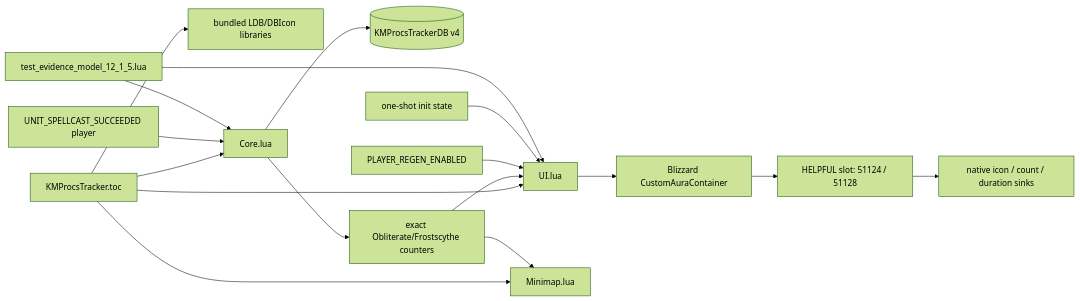
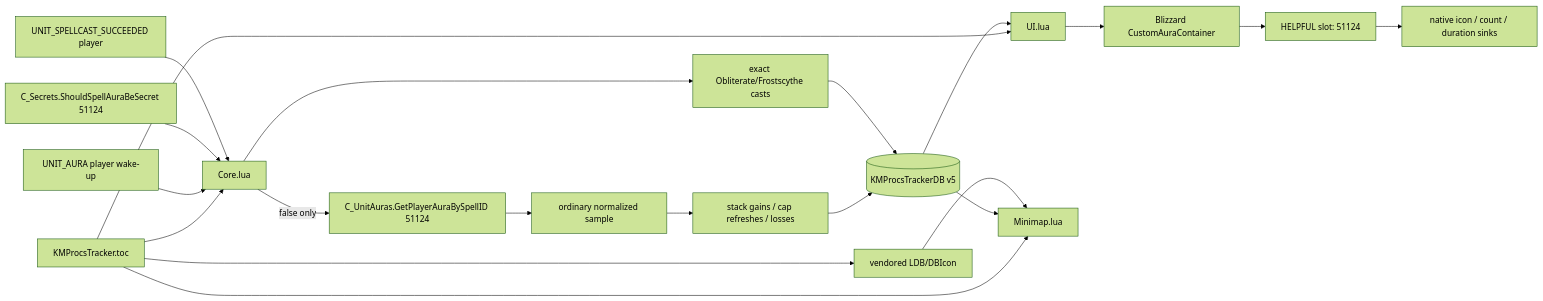
Before and after one commit to UnknownAlienHuman/km-procs-tracker: the diagram in CODE_GRAPH.md, drawn with Mermaid (forest theme). The commit also changed other lines of this file and 12 other files, not shown here.

````diff
--- a/CODE_GRAPH.md
+++ b/CODE_GRAPH.md
@@ -3,19 +3,26 @@
 ```mermaid
 flowchart LR
-  T["KMProcsTracker.toc"] --> L["bundled LDB/DBIcon libraries"]
-  T --> C["Core.lua"]
+  T["KMProcsTracker.toc"] --> C["Core.lua"]
   T --> U["UI.lua"]
   T --> M["Minimap.lua"]
-  C --> DB[("KMProcsTrackerDB v4")]
-  E["UNIT_SPELLCAST_SUCCEEDED player"] --> C
-  C --> X["exact Obliterate/Frostscythe counters"]
-  X --> U
-  X --> M
+  T --> L["vendored LDB/DBIcon"]
+
+  UA["UNIT_AURA player wake-up"] --> C
+  CS["C_Secrets.ShouldSpellAuraBeSecret 51124"] --> C
+  C -->|false only| AU["C_UnitAuras.GetPlayerAuraBySpellID 51124"]
+  AU --> N["ordinary normalized sample"]
+  N --> O["stack gains / cap refreshes / losses"]
+  O --> DB[("KMProcsTrackerDB v5")]
+
+  SC["UNIT_SPELLCAST_SUCCEEDED player"] --> C
+  C --> X["exact Obliterate/Frostscythe casts"]
+  X --> DB
+
   U --> A["Blizzard CustomAuraContainer"]
-  A --> S["HELPFUL slot: 51124 / 51128"]
+  A --> S["HELPFUL slot: 51124"]
   S --> D["native icon / count / duration sinks"]
-  R["PLAYER_REGEN_ENABLED"] --> U
-  F["one-shot init state"] --> U
-  Z["test_evidence_model_12_1_5.lua"] --> C
-  Z --> U
+
+  DB --> U
+  DB --> M
+  L --> M
 ```
````
